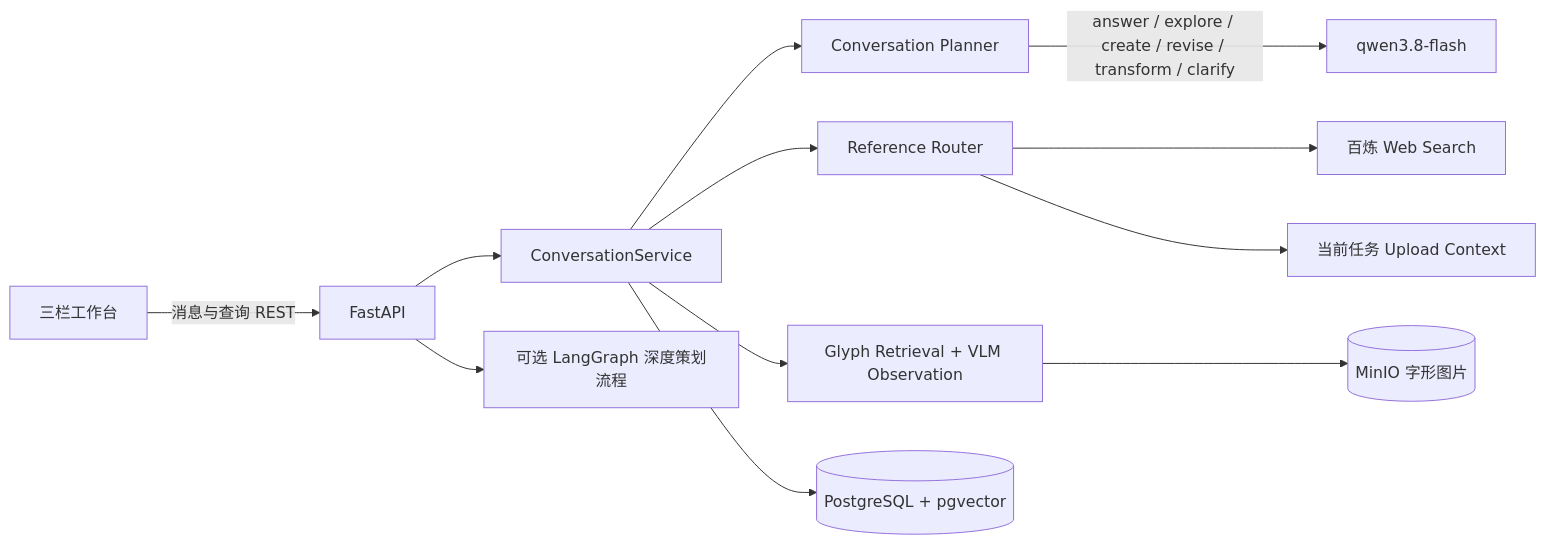
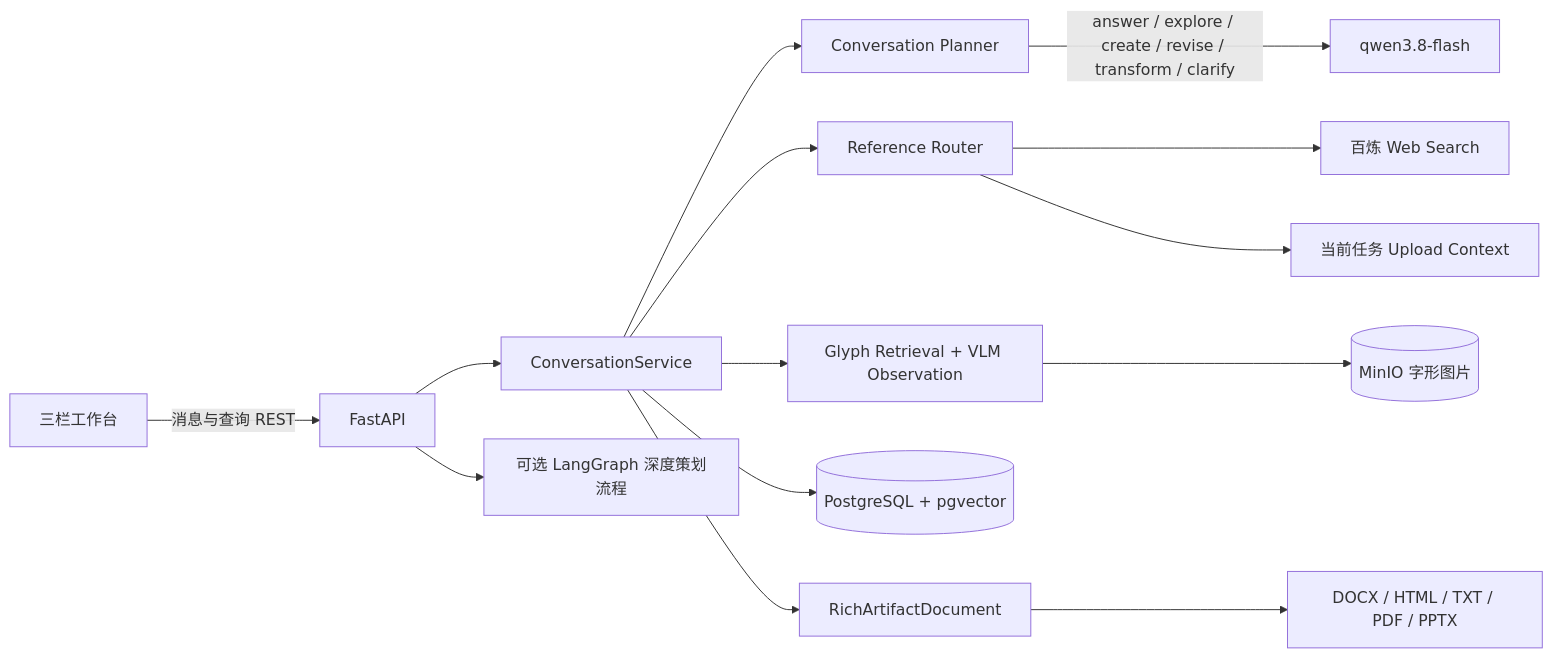
One commit to DaHaohao2003/CharacterVein changed the first of 3 diagrams in docs/PROJECT_DESIGN.md. Above: the diagram before and after it, drawn with Mermaid. The commit also changed other lines of this file and 37 other files, not shown here.

````diff
--- a/docs/PROJECT_DESIGN.md
+++ b/docs/PROJECT_DESIGN.md
@@ -105,14 +110,16 @@
 ```mermaid
 flowchart LR
     U[三栏工作台] -->|消息与查询 REST| A[FastAPI]
     A --> S[ConversationService]
     S --> P[Conversation Planner]
     P -->|answer / explore / create / revise / transform / clarify| M[qwen3.8-flash]
     S --> R[Reference Router]
     S --> Q[Glyph Retrieval + VLM Observation]
     S --> D[(PostgreSQL + pgvector)]
+    S --> C[RichArtifactDocument]
+    C --> X[DOCX / HTML / TXT / PDF / PPTX]
     Q --> O[(MinIO 字形图片)]
     R --> E[百炼 Web Search]
     R --> V[当前任务 Upload Context]
     A --> G[可选 LangGraph 深度策划流程]
 ```
````
